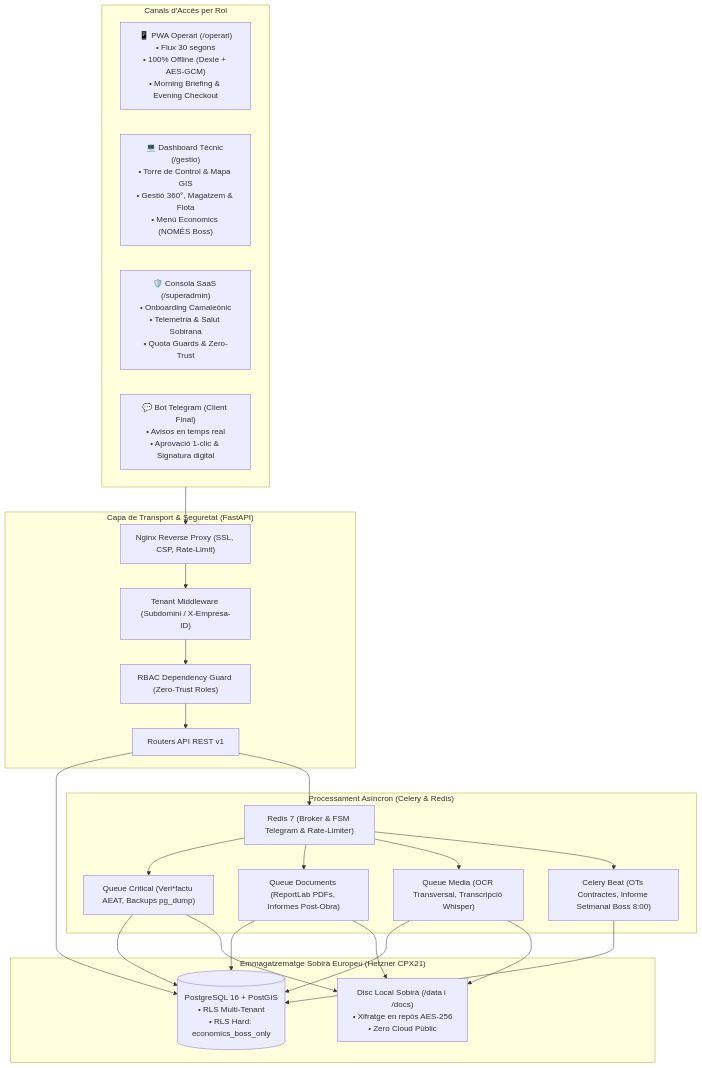
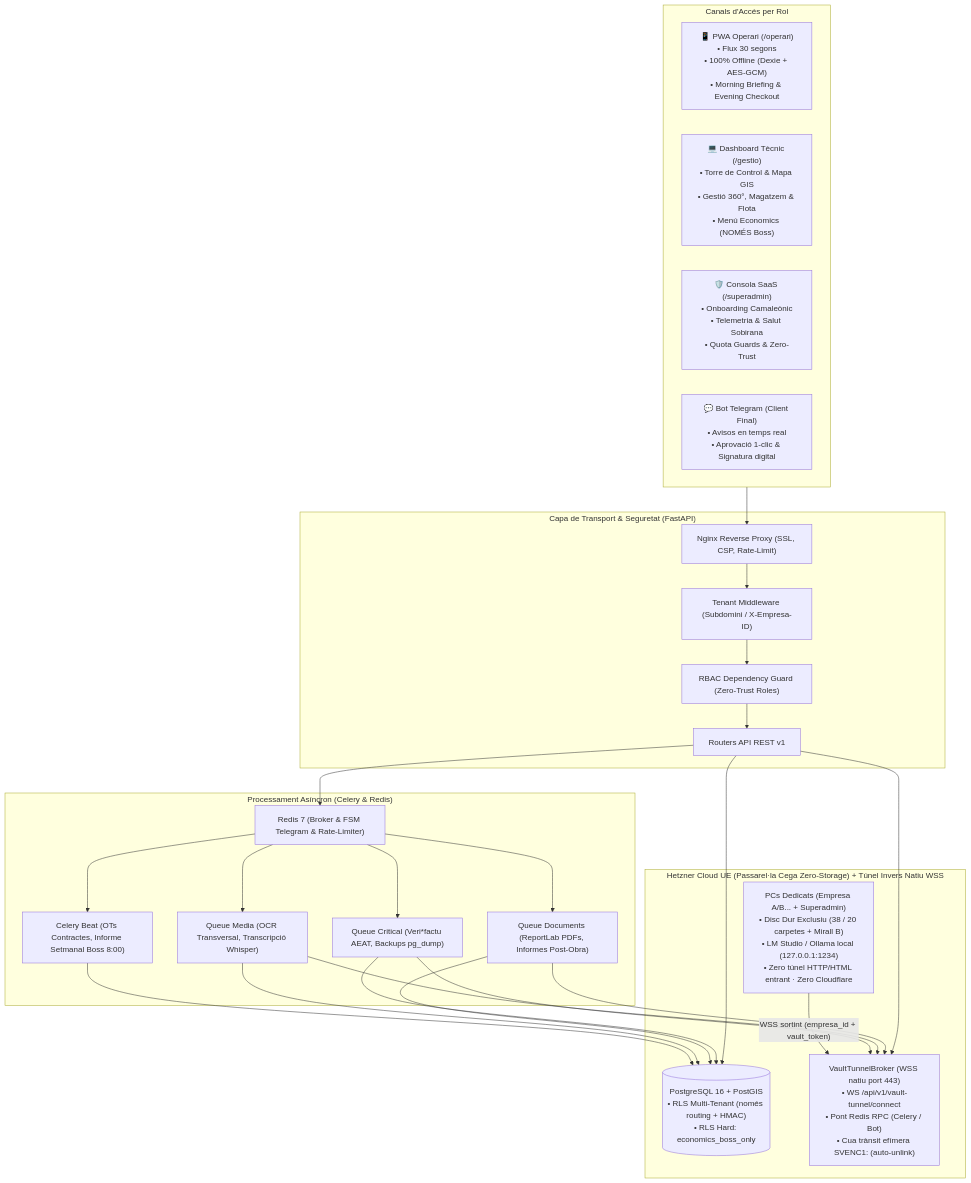
The first of 3 diagrams in plan.md (MiquelUB/sevalor), drawn with Mermaid before and after one commit. The commit also changed other lines of this file and 66 other files, not shown here.

Commit message:
feat(wss-tunnel): ADR-001 native reverse WebSocket tunnel for sovereign disks and local Copilot IA

````diff
--- a/plan.md
+++ b/plan.md
@@ -16,36 +16,39 @@
 ```mermaid
 flowchart TB
     subgraph Clients["Canals d'Accés per Rol"]
         OperariApp["📱 PWA Operari (/operari)<br/>• Flux 30 segons<br/>• 100% Offline (Dexie + AES-GCM)<br/>• Morning Briefing & Evening Checkout"]
         GestioApp["💻 Dashboard Tècnic (/gestio)<br/>• Torre de Control & Mapa GIS<br/>• Gestió 360°, Magatzem & Flota<br/>• Menú Economics (NOMÉS Boss)"]
         SuperadminApp["🛡️ Consola SaaS (/superadmin)<br/>• Onboarding Camaleònic<br/>• Telemetria & Salut Sobirana<br/>• Quota Guards & Zero-Trust"]
         TelegramClient["💬 Bot Telegram (Client Final)<br/>• Avisos en temps real<br/>• Aprovació 1-clic & Signatura digital"]
     end
 
     subgraph Gateway["Capa de Transport & Seguretat (FastAPI)"]
         ReverseProxy["Nginx Reverse Proxy (SSL, CSP, Rate-Limit)"]
         TenantResolver["Tenant Middleware (Subdomini / X-Empresa-ID)"]
         RBACGuard["RBAC Dependency Guard (Zero-Trust Roles)"]
         APIRouters["Routers API REST v1"]
     end
 
     subgraph AsyncCore["Processament Asíncron (Celery & Redis)"]
         RedisBroker["Redis 7 (Broker & FSM Telegram & Rate-Limiter)"]
         WorkerCritical["Queue Critical (Veri*factu AEAT, Backups pg_dump)"]
         WorkerDocuments["Queue Documents (ReportLab PDFs, Informes Post-Obra)"]
         WorkerMedia["Queue Media (OCR Transversal, Transcripció Whisper)"]
         WorkerPeriodic["Celery Beat (OTs Contractes, Informe Setmanal Boss 8:00)"]
     end
 
-    subgraph Persistence["Emmagatzematge Sobirà Europeu (Hetzner CPX21)"]
-        PostgresDB[("PostgreSQL 16 + PostGIS<br/>• RLS Multi-Tenant<br/>• RLS Hard: economics_boss_only")]
-        SovereignFS["Disc Local Sobirà (/data i /docs)<br/>• Xifratge en repòs AES-256<br/>• Zero Cloud Públic"]
+    subgraph Persistence["Hetzner Cloud UE (Passarel·la Cega Zero-Storage) + Túnel Invers Natiu WSS"]
+        PostgresDB[("PostgreSQL 16 + PostGIS<br/>• RLS Multi-Tenant (només routing + HMAC)<br/>• RLS Hard: economics_boss_only")]
+        TunnelBroker["VaultTunnelBroker (WSS natiu port 443)<br/>• WS /api/v1/vault-tunnel/connect<br/>• Pont Redis RPC (Celery / Bot)<br/>• Cua trànsit efímera SVENC1: (auto-unlink)"]
+        ClientNodes["PCs Dedicats (Empresa A/B... + Superadmin)<br/>• Disc Dur Exclusiu (38 / 20 carpetes + Mirall B)<br/>• LM Studio / Ollama local (127.0.0.1:1234)<br/>• Zero túnel HTTP/HTML entrant · Zero Cloudflare"]
     end
 
     Clients --> ReverseProxy --> TenantResolver --> RBACGuard --> APIRouters
     APIRouters --> PostgresDB
     APIRouters --> RedisBroker
+    APIRouters --> TunnelBroker
     RedisBroker --> WorkerCritical & WorkerDocuments & WorkerMedia & WorkerPeriodic
     WorkerCritical & WorkerDocuments & WorkerMedia & WorkerPeriodic --> PostgresDB
-    WorkerDocuments & WorkerMedia & WorkerCritical --> SovereignFS
+    WorkerDocuments & WorkerMedia & WorkerCritical --> TunnelBroker
+    ClientNodes -- "WSS sortint (empresa_id + vault_token)" --> TunnelBroker
 ```
````
